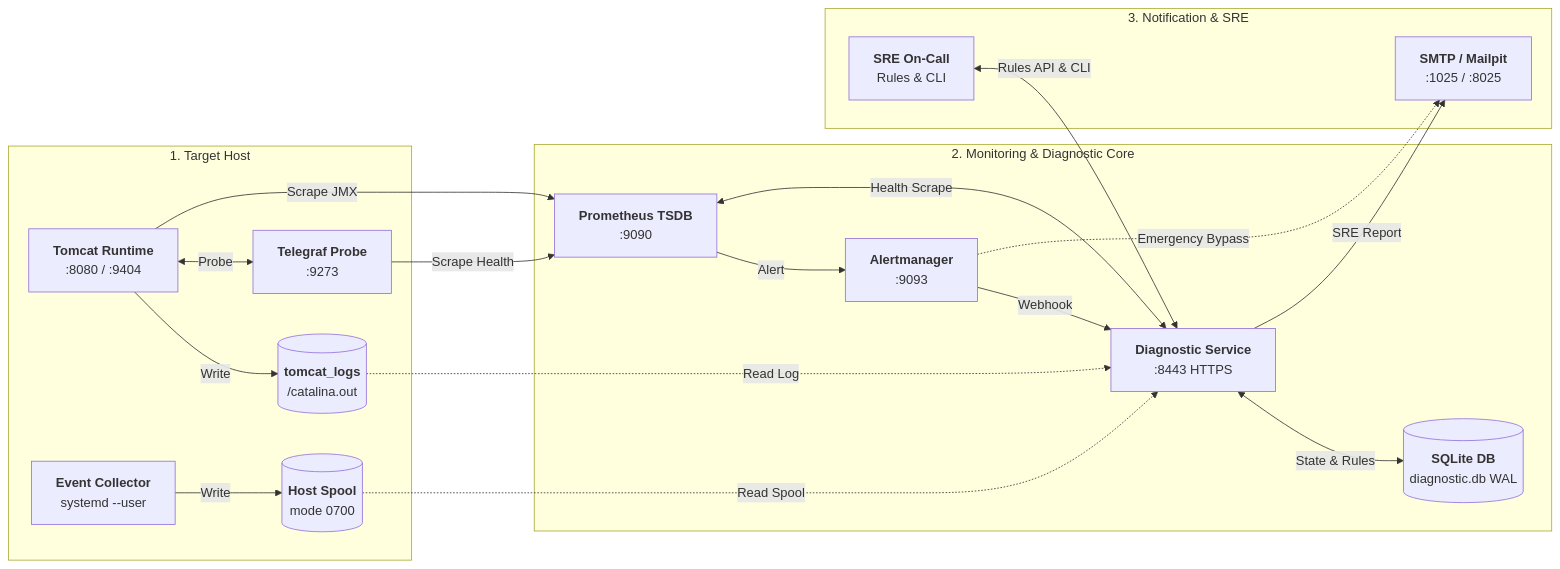
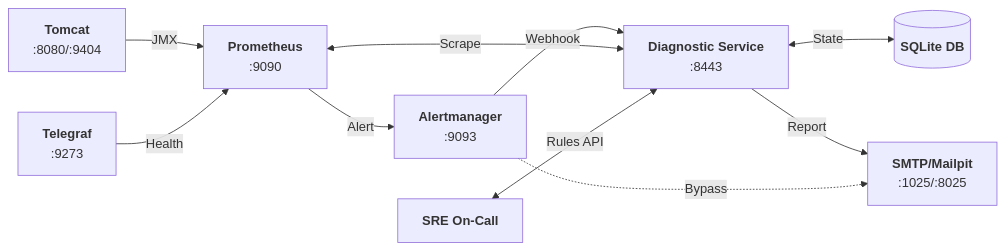
One commit to edkas07-oss/tomcat-monitoring changed the diagram in README.md. Above: the diagram before and after it, drawn with Mermaid.

Commit message:
docs: sederhanakan diagram arsitektur - hapus subgraph untuk kurangi SVG bounding box

````diff
--- a/README.md
+++ b/README.md
@@ -25,40 +25,21 @@
 ```mermaid
 flowchart LR
-    subgraph Host ["1. Target Host"]
-        TOMCAT["<b>Tomcat Runtime</b><br/>:8080 / :9404"]
-        TELEGRAF["<b>Telegraf Probe</b><br/>:9273"]
-        COLLECTOR["<b>Event Collector</b><br/>systemd --user"]
-        LOGS[("<b>tomcat_logs</b><br/>/catalina.out")]
-        SPOOL[("<b>Host Spool</b><br/>mode 0700")]
-    end
+    TOMCAT["<b>Tomcat</b><br/>:8080/:9404"]
+    TELEGRAF["<b>Telegraf</b><br/>:9273"]
+    PROM["<b>Prometheus</b><br/>:9090"]
+    AM["<b>Alertmanager</b><br/>:9093"]
+    DS["<b>Diagnostic Service</b><br/>:8443"]
+    SQLITE[("<b>SQLite DB</b>")]
+    MAIL["<b>SMTP/Mailpit</b><br/>:1025/:8025"]
+    SRE["<b>SRE On-Call</b>"]
 
-    subgraph Core ["2. Monitoring & Diagnostic Core"]
-        PROM["<b>Prometheus TSDB</b><br/>:9090"]
-        AM["<b>Alertmanager</b><br/>:9093"]
-        DS["<b>Diagnostic Service</b><br/>:8443 HTTPS"]
-        SQLITE[("<b>SQLite DB</b><br/>diagnostic.db WAL")]
-    end
-
-    subgraph Actions ["3. Notification & SRE"]
-        MAILPIT["<b>SMTP / Mailpit</b><br/>:1025 / :8025"]
-        SRE["<b>SRE On-Call</b><br/>Rules & CLI"]
-    end
-
-    TOMCAT -->|Write| LOGS
-    COLLECTOR -->|Write| SPOOL
-    TOMCAT <-->|Probe| TELEGRAF
-
-    TOMCAT -->|Scrape JMX| PROM
-    TELEGRAF -->|Scrape Health| PROM
+    TOMCAT -->|JMX| PROM
+    TELEGRAF -->|Health| PROM
     PROM -->|Alert| AM
-
     AM -->|Webhook| DS
-    PROM <-->|Health Scrape| DS
-    LOGS -.->|Read Log| DS
-    SPOOL -.->|Read Spool| DS
-    DS <-->|State & Rules| SQLITE
-
-    DS -->|SRE Report| MAILPIT
-    AM -.->|Emergency Bypass| MAILPIT
-    SRE <-->|Rules API & CLI| DS
+    PROM <-->|Scrape| DS
+    DS <-->|State| SQLITE
+    DS -->|Report| MAIL
+    AM -.->|Bypass| MAIL
+    SRE <-->|Rules API| DS
 ```
````
